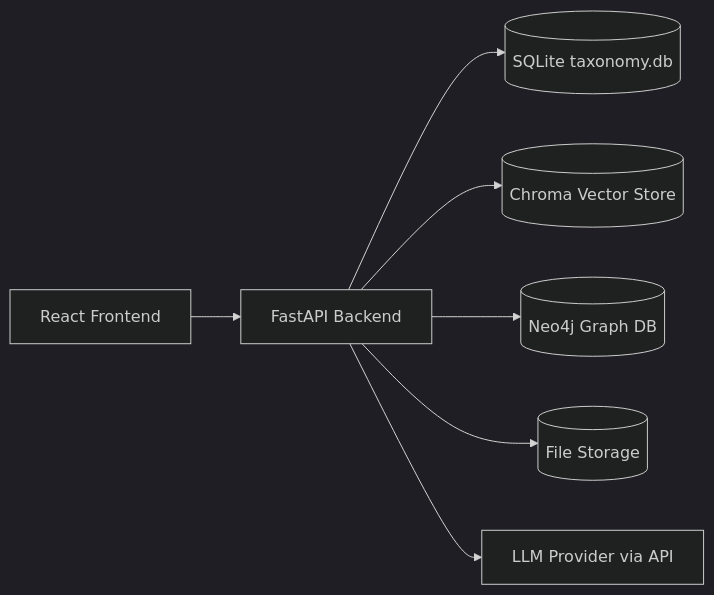
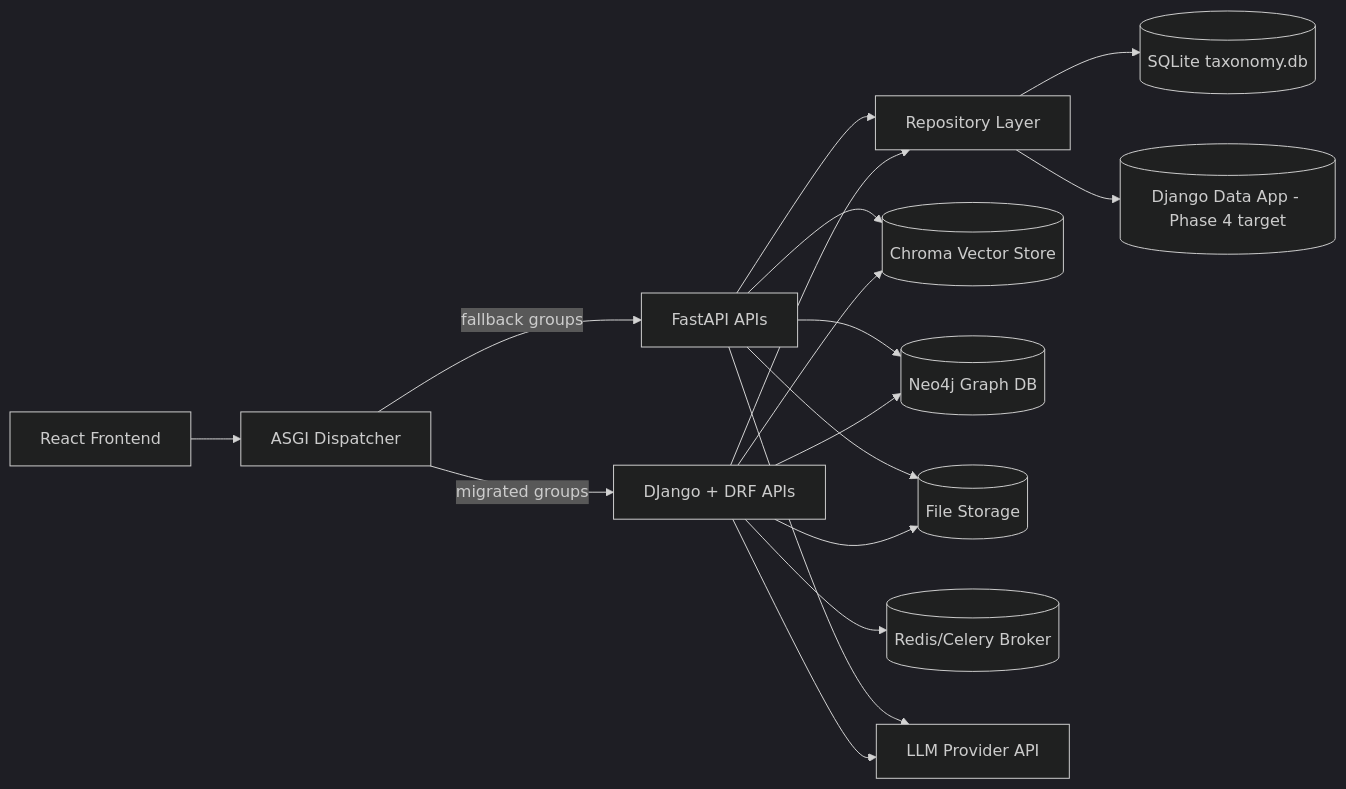
Before and after one commit to Matthew-Booth-Py/data-labeller: the first of 2 diagrams in README.md, drawn with Mermaid (dark theme). The commit also changed other lines of this file and 29 other files, not shown here.

````diff
--- a/README.md
+++ b/README.md
@@ -37,9 +37,24 @@
 ```mermaid
 flowchart LR
-    UI[React Frontend] --> API[FastAPI Backend]
-    API --> SQLITE[(SQLite taxonomy.db)]
-    API --> CHROMA[(Chroma Vector Store)]
-    API --> NEO4J[(Neo4j Graph DB)]
-    API --> FILES[(File Storage)]
-    API --> LLM[LLM Provider via API]
+    UI[React Frontend] --> DISP[ASGI Dispatcher]
+
+    DISP -->|migrated groups| DJ[DJango + DRF APIs]
+    DISP -->|fallback groups| FA[FastAPI APIs]
+
+    DJ --> REPO[Repository Layer]
+    FA --> REPO
+
+    REPO --> SQLITE[(SQLite taxonomy.db)]
+    REPO --> DJDATA[(Django Data App - Phase 4 target)]
+
+    DJ --> CHROMA[(Chroma Vector Store)]
+    DJ --> NEO4J[(Neo4j Graph DB)]
+    DJ --> FILES[(File Storage)]
+    DJ --> REDIS[(Redis/Celery Broker)]
+    DJ --> LLM[LLM Provider API]
+
+    FA --> CHROMA
+    FA --> NEO4J
+    FA --> FILES
+    FA --> LLM
 ```
````
